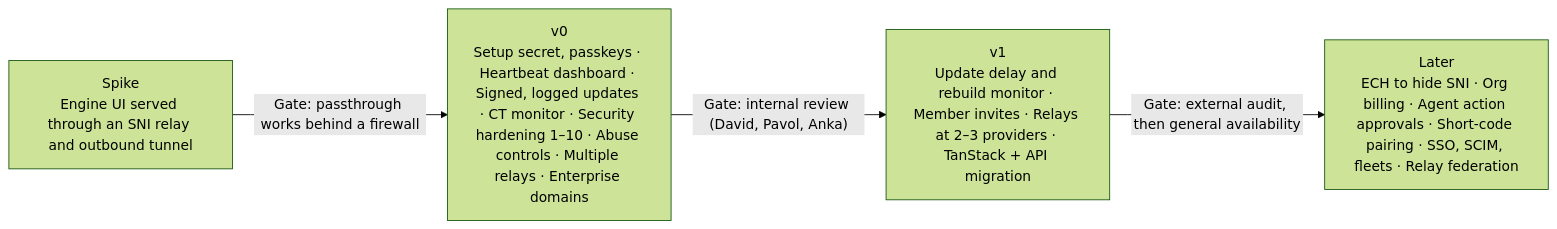
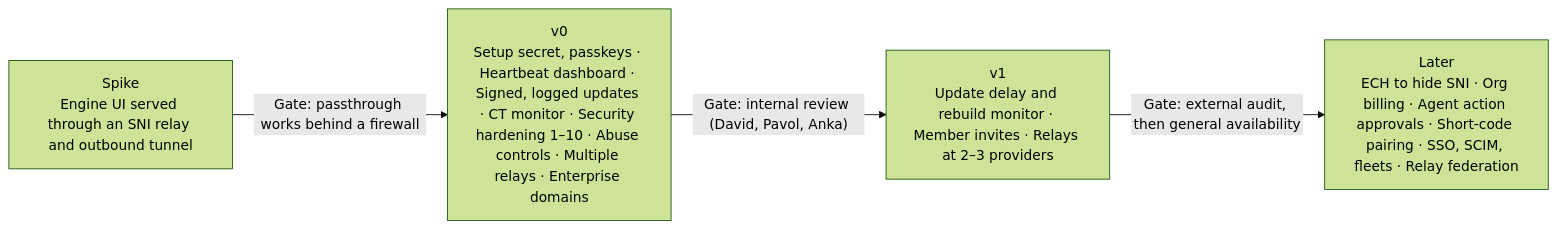
One commit to webgptorg/app changed the second of 2 diagrams in docs/spec/zero-trust-spec.md. Above: the diagram before and after it, drawn with Mermaid (forest theme). The commit also changed other lines of this file and 9 other files, not shown here.

````diff
--- a/docs/spec/zero-trust-spec.md
+++ b/docs/spec/zero-trust-spec.md
@@ -665,6 +667,6 @@
 ```mermaid
 flowchart LR
   S["Spike<br/>Engine UI served through an SNI relay and outbound tunnel"] -- "Gate: passthrough works behind a firewall" --> V0["v0<br/>Setup secret, passkeys · Heartbeat dashboard · Signed, logged updates · CT monitor · Security hardening 1–10 · Abuse controls · Multiple relays · Enterprise domains"]
-  V0 -- "Gate: internal review (David, Pavol, Anka)" --> V1["v1<br/>Update delay and rebuild monitor · Member invites · Relays at 2–3 providers · TanStack + API migration"]
+  V0 -- "Gate: internal review (David, Pavol, Anka)" --> V1["v1<br/>Update delay and rebuild monitor · Member invites · Relays at 2–3 providers"]
   V1 -- "Gate: external audit, then general availability" --> L["Later<br/>ECH to hide SNI · Org billing · Agent action approvals · Short-code pairing · SSO, SCIM, fleets · Relay federation"]
 ```
````
